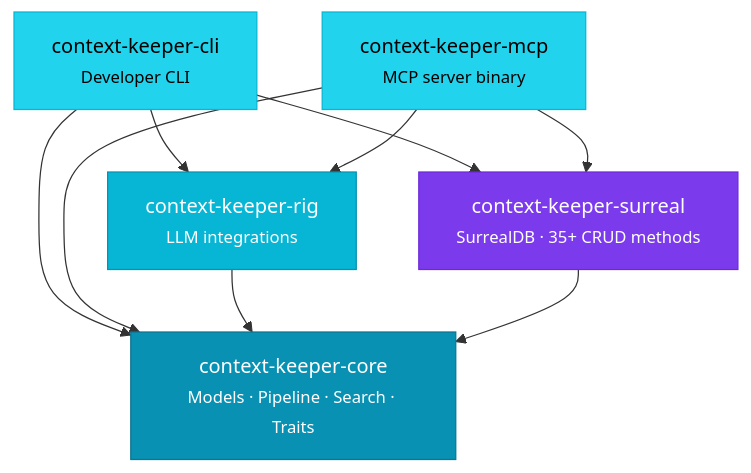
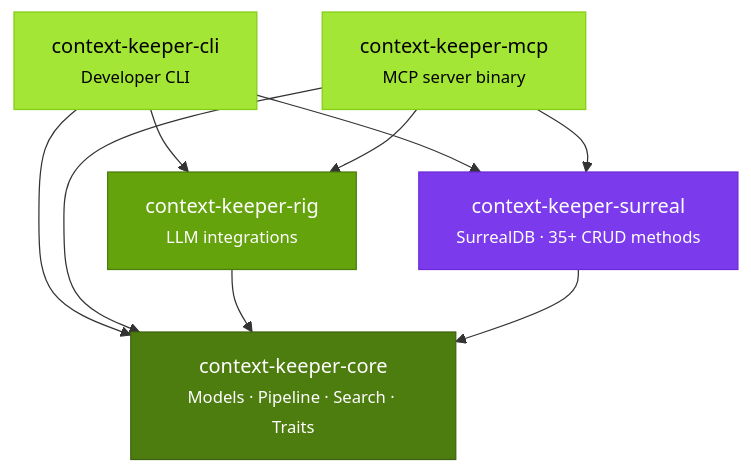
Before and after one commit to mindbend0x/context-keeper: the diagram in docs/website/docs/architecture.md, drawn with Mermaid. The commit also changed 6 other files, not shown here.

````diff
--- a/docs/website/docs/architecture.md
+++ b/docs/website/docs/architecture.md
@@ -15,18 +15,18 @@
 ```mermaid
 graph TD
     CLI["context-keeper-cli<br/><small>Developer CLI</small>"] --> CORE
     CLI --> RIG
     CLI --> SURREAL
     MCP["context-keeper-mcp<br/><small>MCP server binary</small>"] --> CORE
     MCP --> RIG
     MCP --> SURREAL
     RIG["context-keeper-rig<br/><small>LLM integrations</small>"] --> CORE
     SURREAL["context-keeper-surreal<br/><small>SurrealDB · 35+ CRUD methods</small>"] --> CORE
     CORE["context-keeper-core<br/><small>Models · Pipeline · Search · Traits</small>"]
 
-    style CORE fill:#0891b2,stroke:#0e7490,color:#fff
-    style RIG fill:#06b6d4,stroke:#0891b2,color:#fff
+    style CORE fill:#4d7c0f,stroke:#3f6212,color:#fff
+    style RIG fill:#65a30d,stroke:#4d7c0f,color:#fff
     style SURREAL fill:#7c3aed,stroke:#6d28d9,color:#fff
-    style CLI fill:#22d3ee,stroke:#06b6d4,color:#000
-    style MCP fill:#22d3ee,stroke:#06b6d4,color:#000
+    style CLI fill:#a3e635,stroke:#84cc16,color:#000
+    style MCP fill:#a3e635,stroke:#84cc16,color:#000
 ```
````
